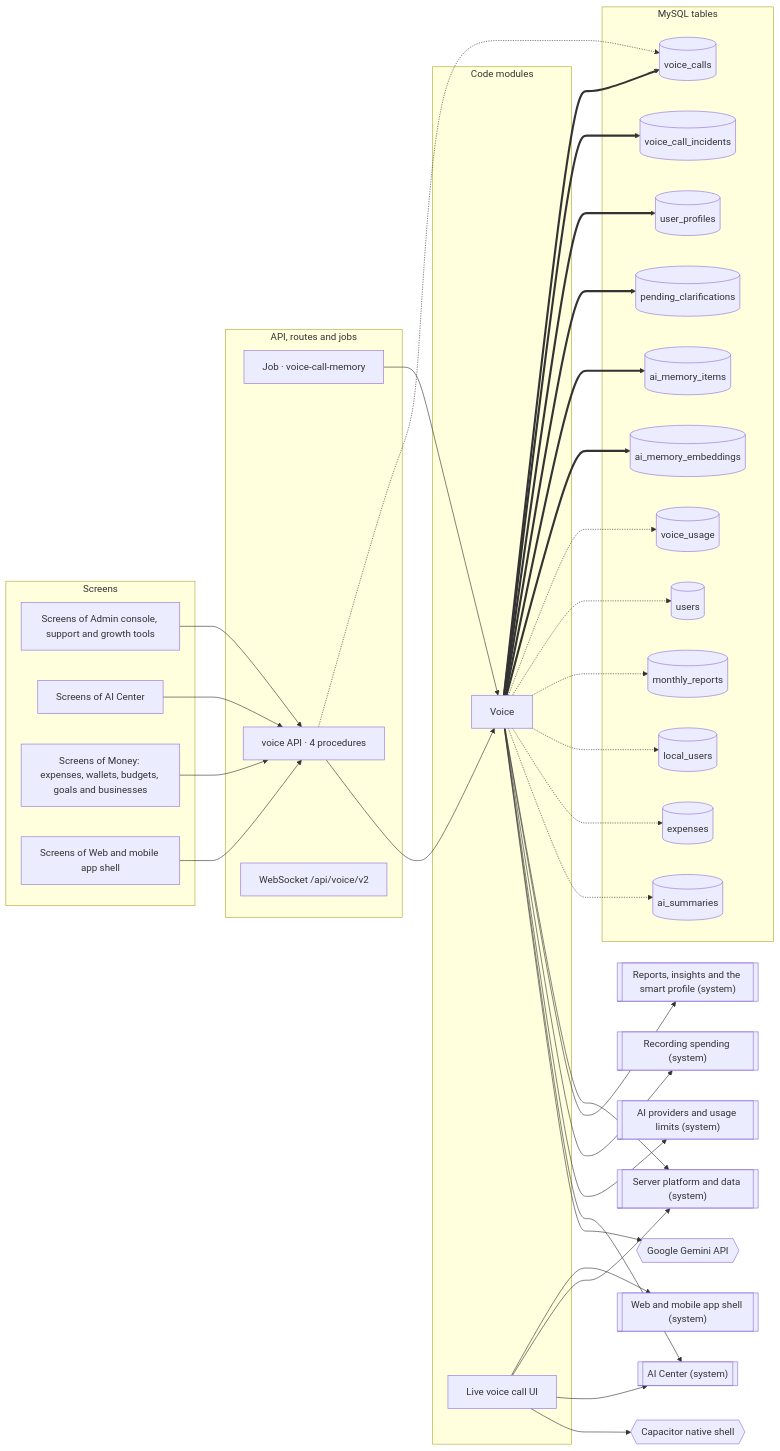
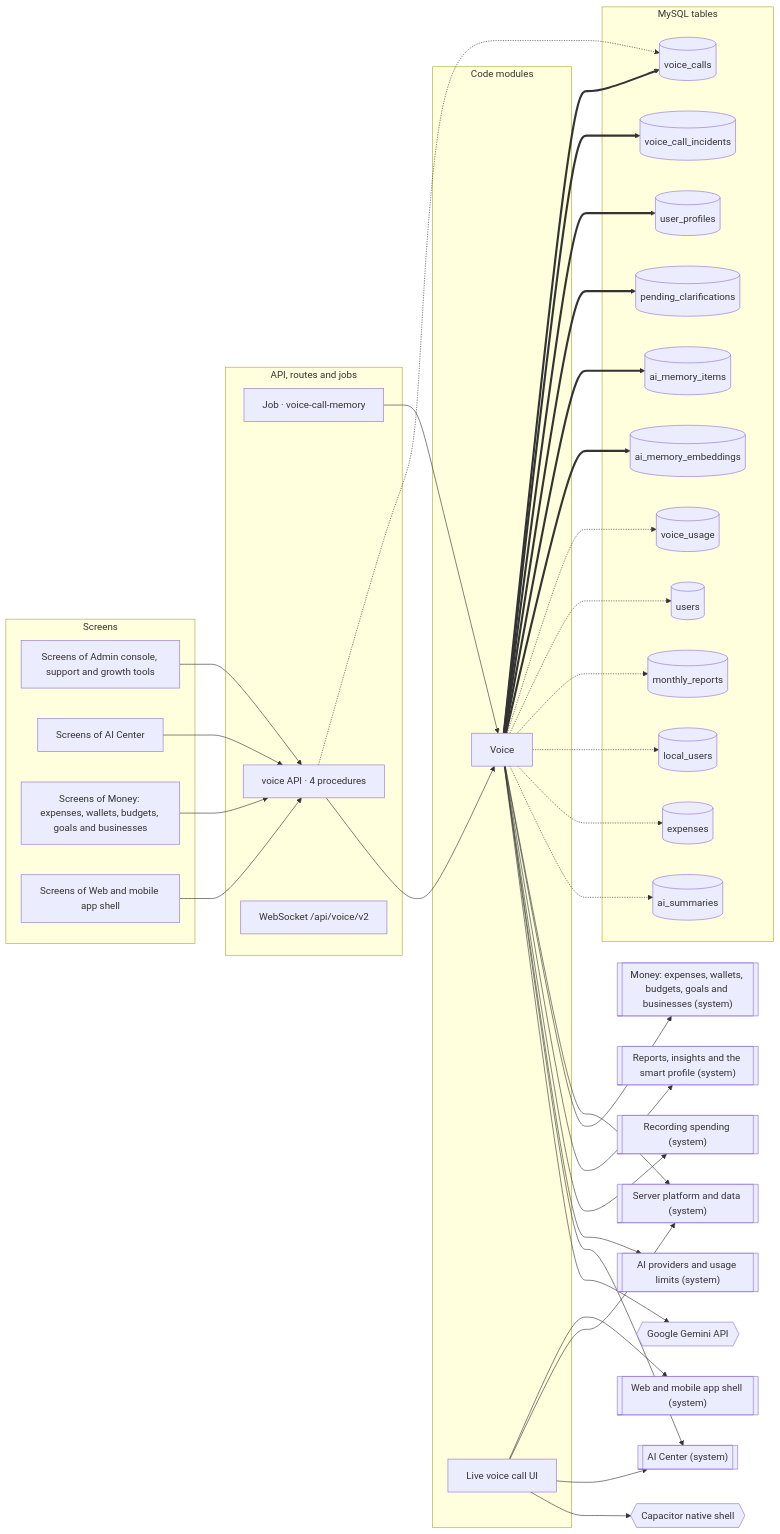
Before and after one commit to mahmoudtaherr111/smartspend_mini_all: the diagram in docs/atlas/systems/voice-calls.md, drawn with Mermaid. The commit also changed other lines of this file and 42 other files, not shown here.

````diff
--- a/docs/atlas/systems/voice-calls.md
+++ b/docs/atlas/systems/voice-calls.md
@@ -13,69 +13,71 @@
 ```mermaid
 flowchart LR
   subgraph g_screens["Screens"]
     screens_admin["Screens of Admin console, support and growth tools"]
     screens_ai_center["Screens of AI Center"]
     screens_money["Screens of Money: expenses, wallets, budgets, goals and businesses"]
     screens_web_app["Screens of Web and mobile app shell"]
   end
   subgraph g_api["API, routes and jobs"]
     job_voice_call_memory["Job · voice-call-memory"]
     router_voice["voice API · 4 procedures"]
     ws__api_voice_v2["WebSocket /api/voice/v2"]
   end
   subgraph g_modules["Code modules"]
     mod_voice["Voice"]
     mod_web_voice_call["Live voice call UI"]
   end
   subgraph g_tables["MySQL tables"]
     tbl_ai_memory_embeddings[("ai_memory_embeddings")]
     tbl_ai_memory_items[("ai_memory_items")]
     tbl_ai_summaries[("ai_summaries")]
     tbl_expenses[("expenses")]
     tbl_local_users[("local_users")]
     tbl_monthly_reports[("monthly_reports")]
     tbl_pending_clarifications[("pending_clarifications")]
     tbl_user_profiles[("user_profiles")]
     tbl_users[("users")]
     tbl_voice_call_incidents[("voice_call_incidents")]
     tbl_voice_calls[("voice_calls")]
     tbl_voice_usage[("voice_usage")]
   end
   ext_capacitor{{"Capacitor native shell"}}
   ext_gemini{{"Google Gemini API"}}
   sys_ai_center[["AI Center (system)"]]
   sys_ai_platform[["AI providers and usage limits (system)"]]
   sys_expense_capture[["Recording spending (system)"]]
   sys_insights[["Reports, insights and the smart profile (system)"]]
+  sys_money[["Money: expenses, wallets, budgets, goals and businesses (system)"]]
   sys_platform[["Server platform and data (system)"]]
   sys_web_app[["Web and mobile app shell (system)"]]
   job_voice_call_memory --> mod_voice
   mod_voice --> ext_gemini
   mod_voice --> sys_ai_center
   mod_voice --> sys_ai_platform
   mod_voice --> sys_expense_capture
   mod_voice --> sys_insights
+  mod_voice --> sys_money
   mod_voice --> sys_platform
   mod_voice -.-> tbl_ai_summaries
   mod_voice -.-> tbl_expenses
   mod_voice -.-> tbl_local_users
   mod_voice -.-> tbl_monthly_reports
   mod_voice -.-> tbl_users
   mod_voice -.-> tbl_voice_usage
   mod_voice ==> tbl_ai_memory_embeddings
   mod_voice ==> tbl_ai_memory_items
   mod_voice ==> tbl_pending_clarifications
   mod_voice ==> tbl_user_profiles
   mod_voice ==> tbl_voice_call_incidents
   mod_voice ==> tbl_voice_calls
   mod_web_voice_call --> ext_capacitor
   mod_web_voice_call --> sys_ai_center
   mod_web_voice_call --> sys_platform
   mod_web_voice_call --> sys_web_app
   router_voice --> mod_voice
   router_voice -.-> tbl_voice_calls
   screens_admin --> router_voice
   screens_ai_center --> router_voice
   screens_money --> router_voice
   screens_web_app --> router_voice
 ```
````
